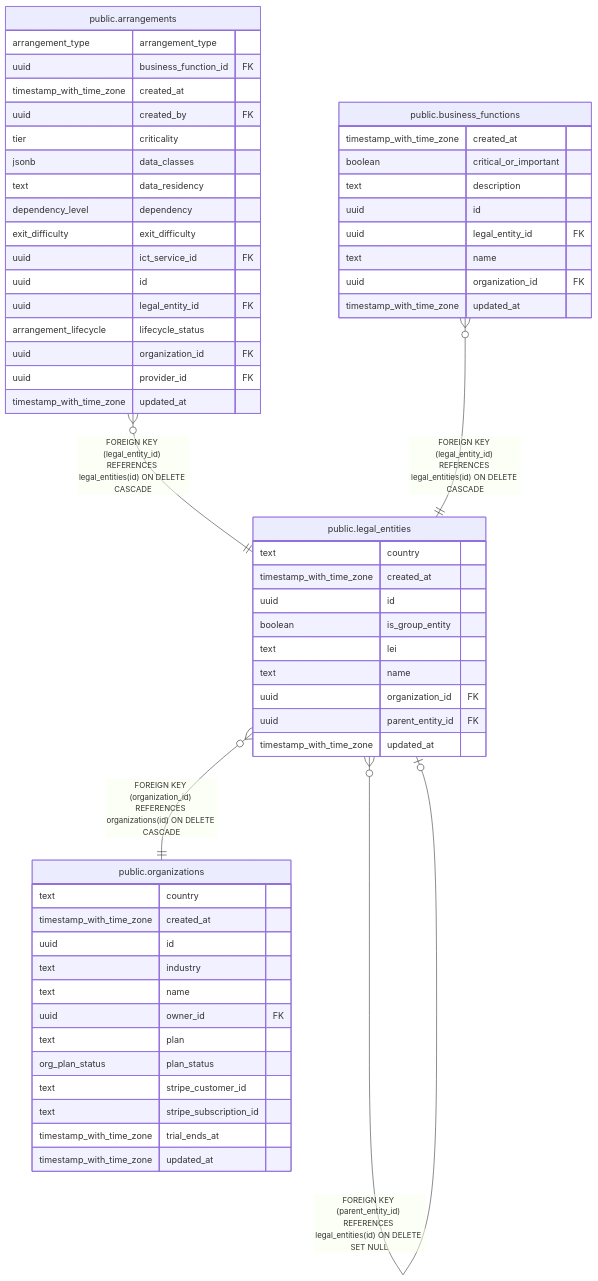
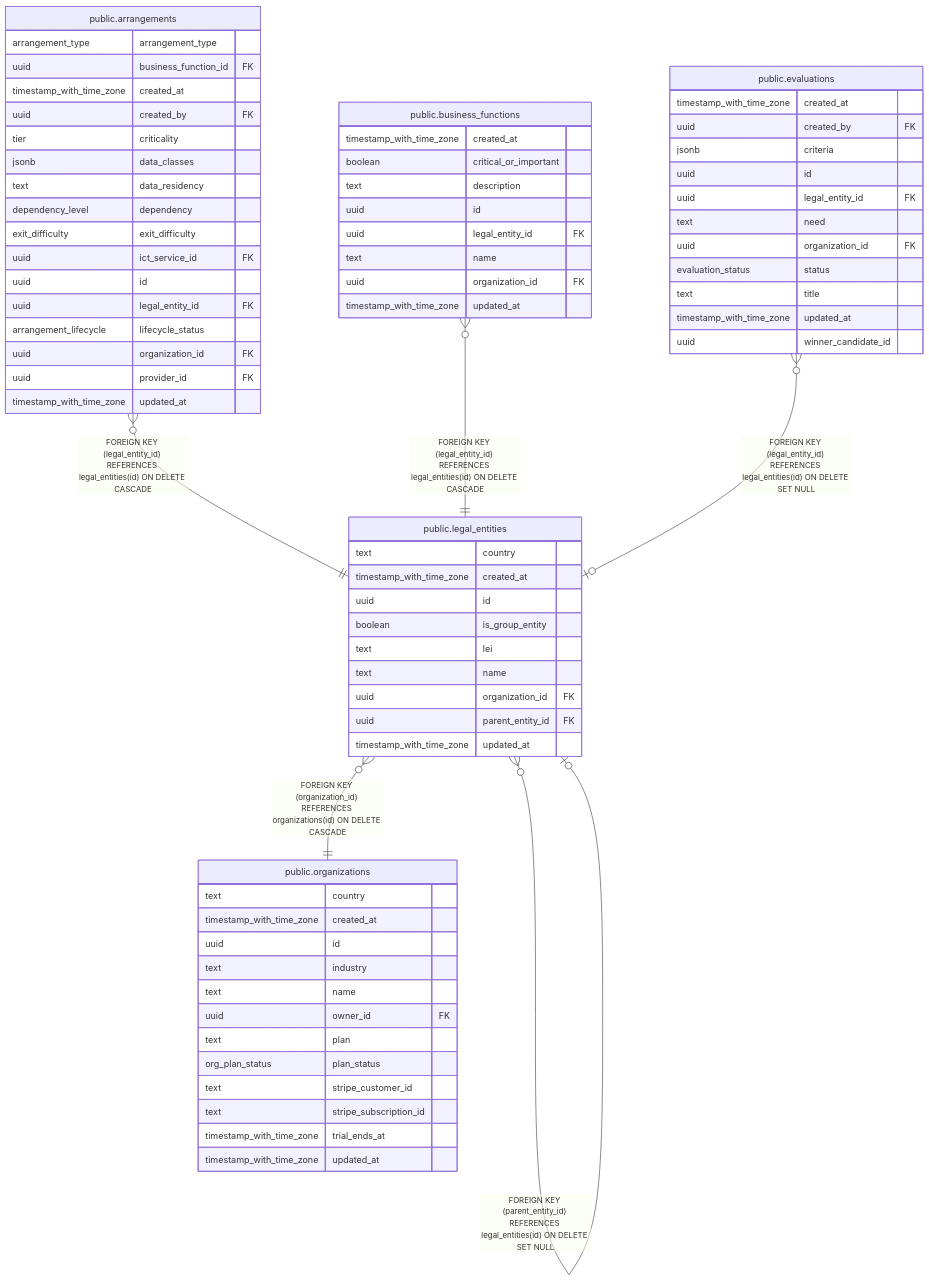
Before and after one commit to andrelair-platform/retrieva-backend: the diagram in docs/data-model/public.legal_entities.md, drawn with Mermaid. The commit also changed other lines of this file and 24 other files, not shown here.

````diff
--- a/docs/data-model/public.legal_entities.md
+++ b/docs/data-model/public.legal_entities.md
@@ -36,62 +36,76 @@
 ```mermaid
 erDiagram
 
 "public.arrangements" }o--|| "public.legal_entities" : "FOREIGN KEY (legal_entity_id) REFERENCES legal_entities(id) ON DELETE CASCADE"
 "public.business_functions" }o--|| "public.legal_entities" : "FOREIGN KEY (legal_entity_id) REFERENCES legal_entities(id) ON DELETE CASCADE"
+"public.evaluations" }o--o| "public.legal_entities" : "FOREIGN KEY (legal_entity_id) REFERENCES legal_entities(id) ON DELETE SET NULL"
 "public.legal_entities" }o--o| "public.legal_entities" : "FOREIGN KEY (parent_entity_id) REFERENCES legal_entities(id) ON DELETE SET NULL"
 "public.legal_entities" }o--|| "public.organizations" : "FOREIGN KEY (organization_id) REFERENCES organizations(id) ON DELETE CASCADE"
 
 "public.legal_entities" {
   text country
   timestamp_with_time_zone created_at
   uuid id
   boolean is_group_entity
   text lei
   text name
   uuid organization_id FK
   uuid parent_entity_id FK
   timestamp_with_time_zone updated_at
 }
 "public.arrangements" {
   arrangement_type arrangement_type
   uuid business_function_id FK
   timestamp_with_time_zone created_at
   uuid created_by FK
   tier criticality
   jsonb data_classes
   text data_residency
   dependency_level dependency
   exit_difficulty exit_difficulty
   uuid ict_service_id FK
   uuid id
   uuid legal_entity_id FK
   arrangement_lifecycle lifecycle_status
   uuid organization_id FK
   uuid provider_id FK
   timestamp_with_time_zone updated_at
 }
 "public.business_functions" {
   timestamp_with_time_zone created_at
   boolean critical_or_important
   text description
   uuid id
   uuid legal_entity_id FK
   text name
   uuid organization_id FK
   timestamp_with_time_zone updated_at
 }
+"public.evaluations" {
+  timestamp_with_time_zone created_at
+  uuid created_by FK
+  jsonb criteria
+  uuid id
+  uuid legal_entity_id FK
+  text need
+  uuid organization_id FK
+  evaluation_status status
+  text title
+  timestamp_with_time_zone updated_at
+  uuid winner_candidate_id
+}
 "public.organizations" {
   text country
   timestamp_with_time_zone created_at
   uuid id
   text industry
   text name
   uuid owner_id FK
   text plan
   org_plan_status plan_status
   text stripe_customer_id
   text stripe_subscription_id
   timestamp_with_time_zone trial_ends_at
   timestamp_with_time_zone updated_at
 }
 ```
````
